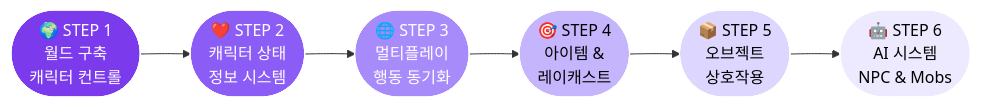
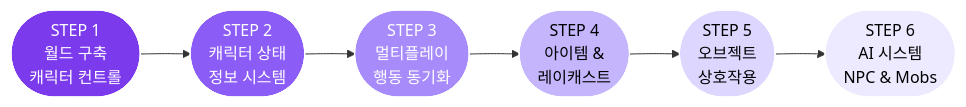
The diagram in README.md (skhuOwlGames/.github), drawn with Mermaid before and after one commit. The commit also changed other lines of this file, not shown here.

````diff
--- a/README.md
+++ b/README.md
@@ -65,15 +51,14 @@
 ```mermaid
 flowchart LR
-    A([🌍 STEP 1<br/>월드 구축<br/>캐릭터 컨트롤]) --> B([❤️ STEP 2<br/>캐릭터 상태<br/>정보 시스템])
-    B --> C([🌐 STEP 3<br/>멀티플레이<br/>행동 동기화])
-    C --> D([🎯 STEP 4<br/>아이템 &<br/>레이캐스트])
-    D --> E([📦 STEP 5<br/>오브젝트<br/>상호작용])
-    E --> F([🤖 STEP 6<br/>AI 시스템<br/>NPC & Mobs])
-
+    A([STEP 1<br/>월드 구축<br/>캐릭터 컨트롤]) --> B([STEP 2<br/>캐릭터 상태<br/>정보 시스템])
+    B --> C([STEP 3<br/>멀티플레이<br/>행동 동기화])
+    C --> D([STEP 4<br/>아이템 &<br/>레이캐스트])
+    D --> E([STEP 5<br/>오브젝트<br/>상호작용])
+    E --> F([STEP 6<br/>AI 시스템<br/>NPC & Mobs])
     style A fill:#7C3AED,stroke:#fff,color:#fff
     style B fill:#8B5CF6,stroke:#fff,color:#fff
     style C fill:#A78BFA,stroke:#fff,color:#fff
     style D fill:#C4B5FD,stroke:#fff,color:#000
     style E fill:#DDD6FE,stroke:#fff,color:#000
     style F fill:#EDE9FE,stroke:#fff,color:#000
 ```
````
